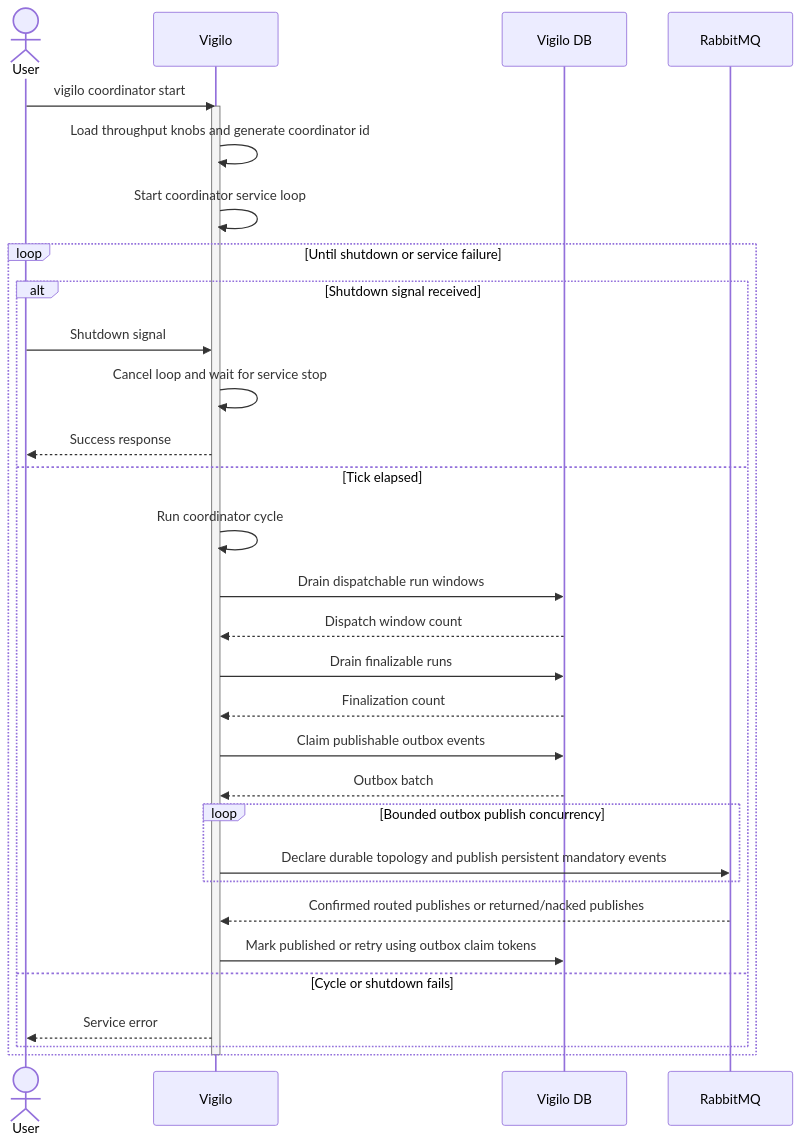
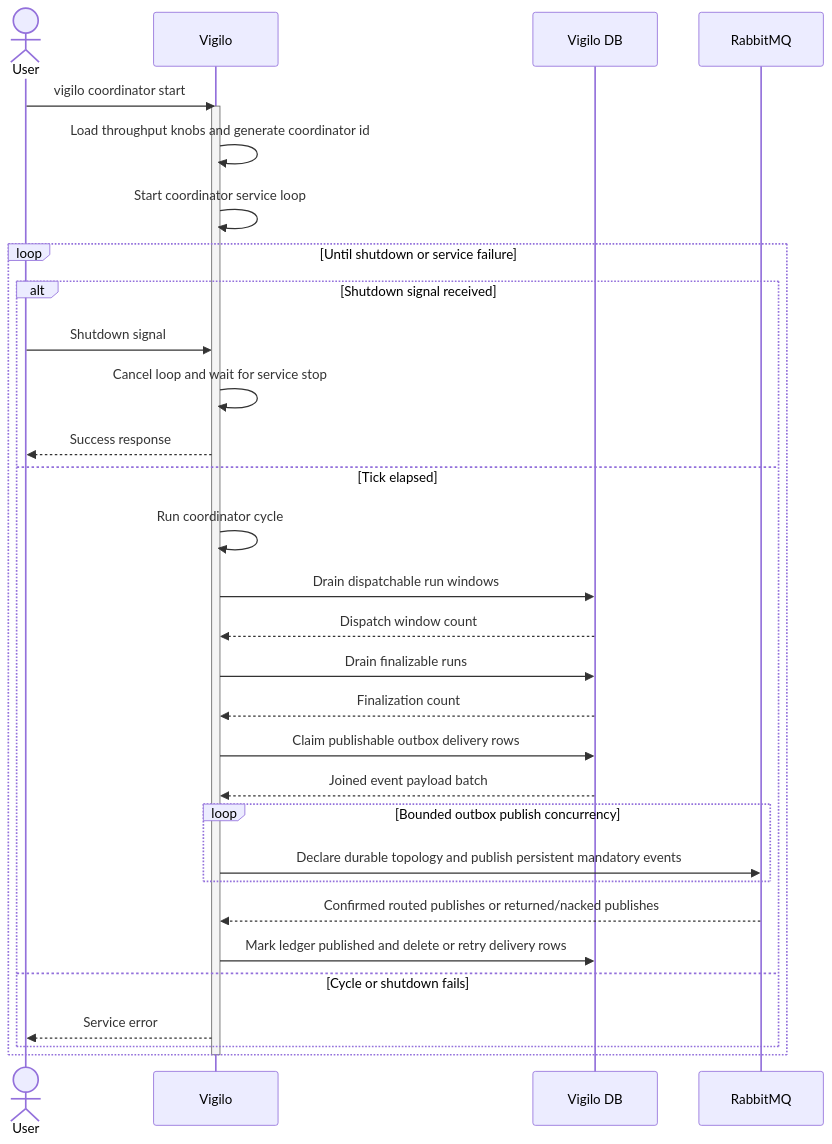
The diagram in web/docs/architecture/flows/coordinator/start/execution-flow.mmd (gregl83/agent-vigilo), drawn with Mermaid before and after one commit. The commit also changed 18 other files, not shown here.

First line of the commit message:
update event outbox to use archive and queue table

```diff
--- a/web/docs/architecture/flows/coordinator/start/execution-flow.mmd
+++ b/web/docs/architecture/flows/coordinator/start/execution-flow.mmd
@@ -1,42 +1,42 @@
 ---
 config:
   flowchart:
     nodeSpacing: 150
     rankSpacing: 80
   themeVariables:
     edgeLabelBackground: 'transparent'
 ---
 sequenceDiagram
     actor User
     participant Vigilo
     participant DB as Vigilo DB
     participant Queue as RabbitMQ
 
     User->>Vigilo: vigilo coordinator start
     activate Vigilo
     Vigilo->>Vigilo: Load throughput knobs and generate coordinator id
     Vigilo->>Vigilo: Start coordinator service loop
 
     loop Until shutdown or service failure
         alt Shutdown signal received
             User->>Vigilo: Shutdown signal
             Vigilo->>Vigilo: Cancel loop and wait for service stop
             Vigilo-->>User: Success response
         else Tick elapsed
             Vigilo->>Vigilo: Run coordinator cycle
             Vigilo->>DB: Drain dispatchable run windows
             DB-->>Vigilo: Dispatch window count
             Vigilo->>DB: Drain finalizable runs
             DB-->>Vigilo: Finalization count
-            Vigilo->>DB: Claim publishable outbox events
-            DB-->>Vigilo: Outbox batch
+            Vigilo->>DB: Claim publishable outbox delivery rows
+            DB-->>Vigilo: Joined event payload batch
             loop Bounded outbox publish concurrency
                 Vigilo->>Queue: Declare durable topology and publish persistent mandatory events
             end
             Queue-->>Vigilo: Confirmed routed publishes or returned/nacked publishes
-            Vigilo->>DB: Mark published or retry using outbox claim tokens
+            Vigilo->>DB: Mark ledger published and delete or retry delivery rows
         else Cycle or shutdown fails
             Vigilo-->>User: Service error
         end
     end
     deactivate Vigilo
```
